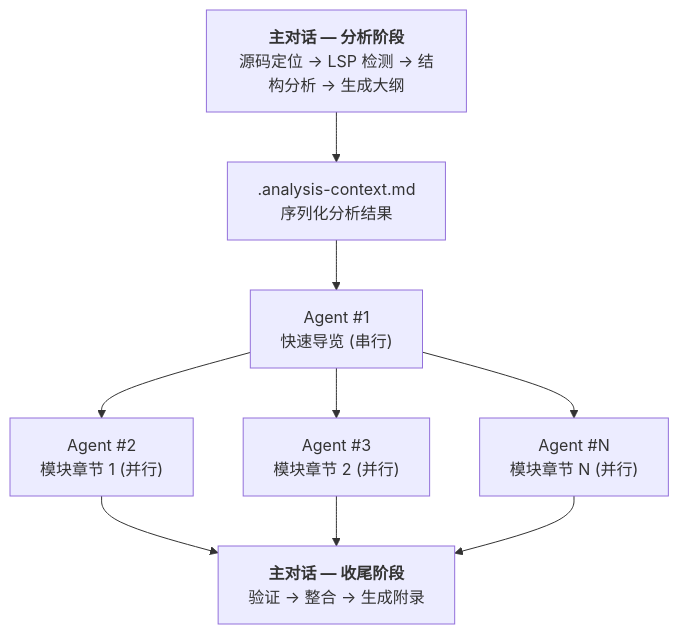
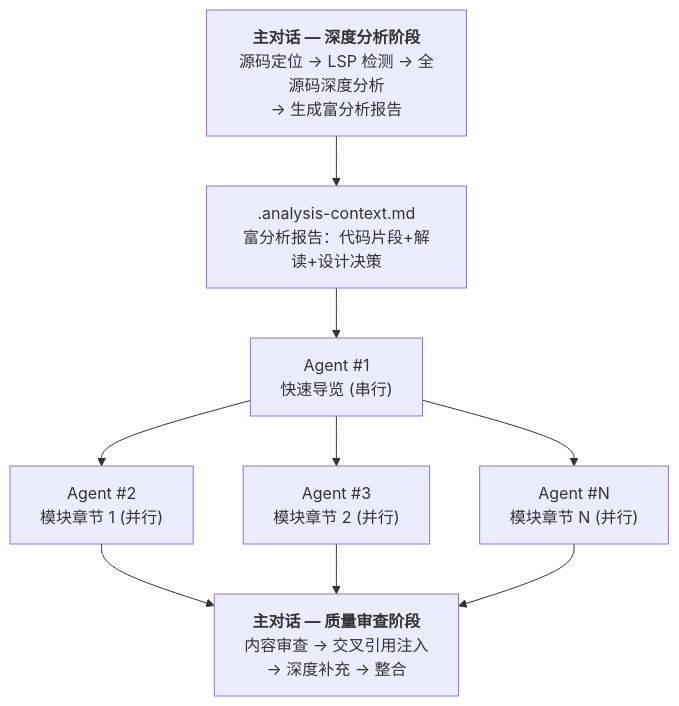
One commit to Learner-Geek-Perfectionist/claude-code-study-skills changed the diagram in study-master-skill/README.md. Above: the diagram before and after it, drawn with Mermaid. The commit also changed other lines of this file, not shown here.

First line of the commit message:
docs(readme): update architecture description for 1M context

````diff
--- a/study-master-skill/README.md
+++ b/study-master-skill/README.md
@@ -18,11 +18,11 @@
 ```mermaid
 graph TD
-    A["<b>主对话 — 分析阶段</b><br/>源码定位 → LSP 检测 → 结构分析 → 生成大纲"] --> B[".analysis-context.md<br/>序列化分析结果"]
+    A["<b>主对话 — 深度分析阶段</b><br/>源码定位 → LSP 检测 → 全源码深度分析<br/>→ 生成富分析报告"] --> B[".analysis-context.md<br/>富分析报告：代码片段+解读+设计决策"]
     B --> C["Agent #1<br/>快速导览 (串行)"]
     C --> D["Agent #2<br/>模块章节 1 (并行)"]
     C --> E["Agent #3<br/>模块章节 2 (并行)"]
     C --> F["Agent #N<br/>模块章节 N (并行)"]
-    D --> G["<b>主对话 — 收尾阶段</b><br/>验证 → 整合 → 生成附录"]
+    D --> G["<b>主对话 — 质量审查阶段</b><br/>内容审查 → 交叉引用注入<br/>→ 深度补充 → 整合"]
     E --> G
     F --> G
 ```
````
